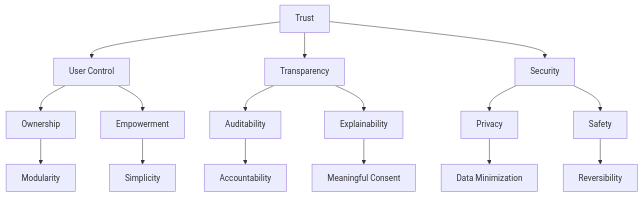
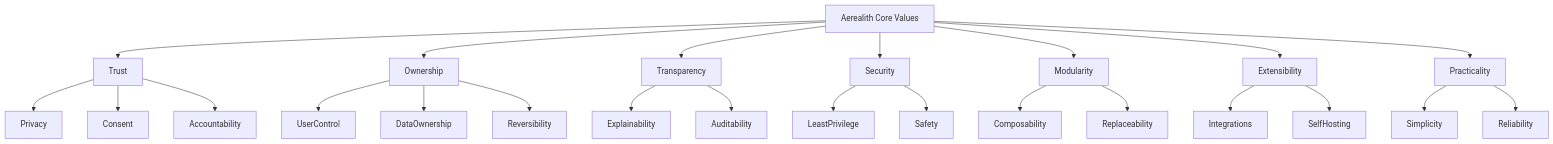
The diagram in docs/vision/Core Values.md (SinLess-Games/Aerealith), drawn with Mermaid before and after one commit. The commit also changed other lines of this file and 1352 other files, not shown here.

````diff
--- a/docs/vision/Core Values.md
+++ b/docs/vision/Core Values.md
@@ -16,25 +29,36 @@
 ```mermaid
 flowchart TD
-    Trust["Trust"]
 
-    Trust --> UserControl["User Control"]
-    Trust --> Transparency["Transparency"]
-    Trust --> Security["Security"]
+Core["Aerealith Core Values"]
 
-    UserControl --> Ownership["Ownership"]
-    UserControl --> Empowerment["Empowerment"]
+Core --> Trust
+Core --> Ownership
+Core --> Transparency
+Core --> Security
+Core --> Modularity
+Core --> Extensibility
+Core --> Practicality
 
-    Transparency --> Auditability["Auditability"]
-    Transparency --> Explainability["Explainability"]
+Trust --> Privacy
+Trust --> Consent
+Trust --> Accountability
 
-    Security --> Privacy["Privacy"]
-    Security --> Safety["Safety"]
+Ownership --> UserControl
+Ownership --> DataOwnership
+Ownership --> Reversibility
 
-    Ownership --> Modularity["Modularity"]
-    Empowerment --> Simplicity["Simplicity"]
+Transparency --> Explainability
+Transparency --> Auditability
 
-    Auditability --> Accountability["Accountability"]
-    Explainability --> Consent["Meaningful Consent"]
-    Privacy --> DataMinimization["Data Minimization"]
-    Safety --> Reversibility["Reversibility"]
+Security --> LeastPrivilege
+Security --> Safety
+
+Modularity --> Composability
+Modularity --> Replaceability
+
+Extensibility --> Integrations
+Extensibility --> SelfHosting
+
+Practicality --> Simplicity
+Practicality --> Reliability
 ```
````
